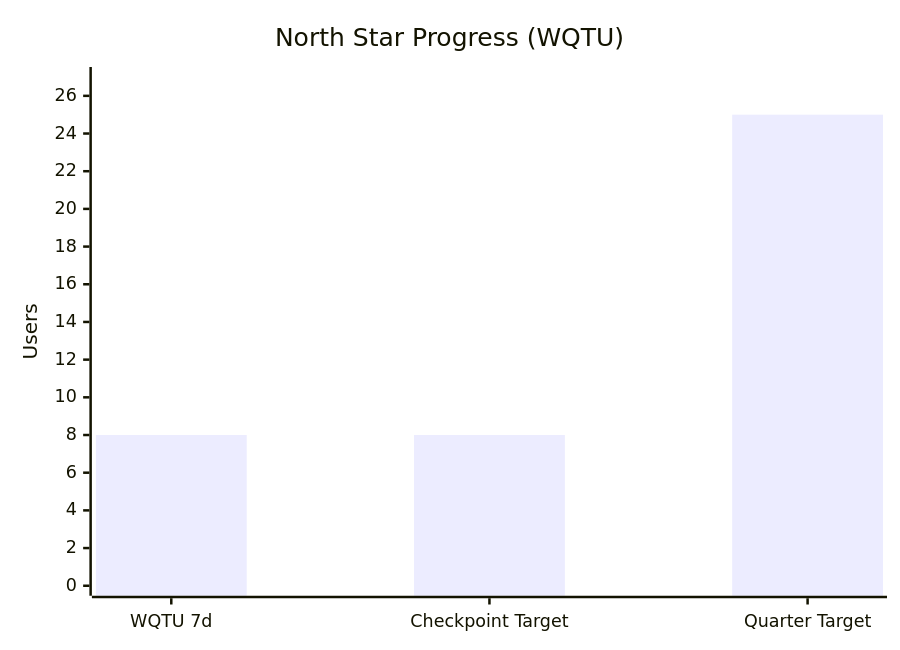
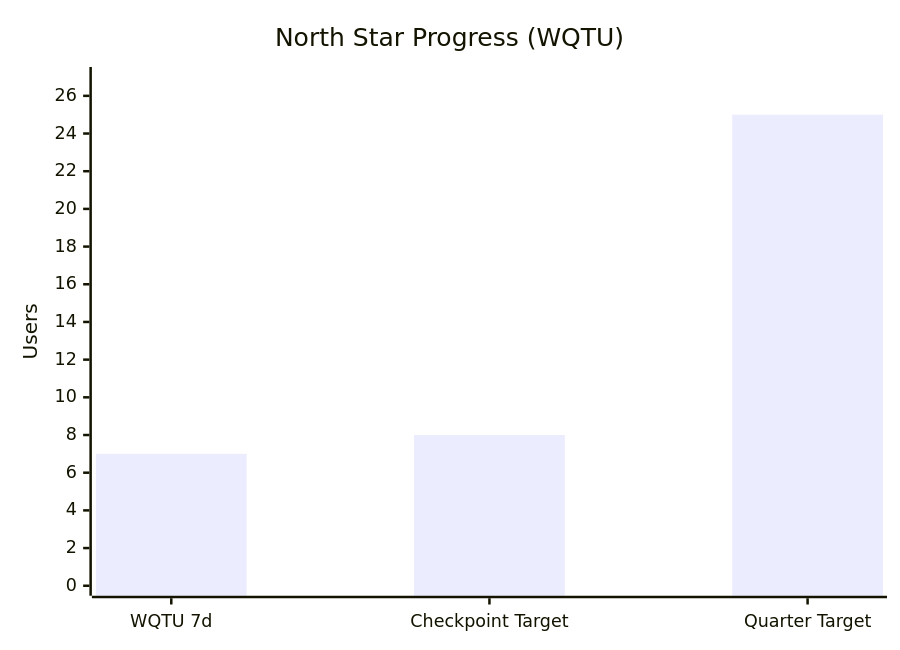
Before and after one commit to IgorGanapolsky/Random-Timer: the second of 4 diagrams in wiki/Paid-Acquisition.md, drawn with Mermaid. The commit also changed other lines of this file and 10 other files, not shown here.

````diff
--- a/wiki/Paid-Acquisition.md
+++ b/wiki/Paid-Acquisition.md
@@ -50,7 +50,7 @@
 ```mermaid
 xychart-beta
     title "North Star Progress (WQTU)"
     x-axis ["WQTU 7d" , "Checkpoint Target" , "Quarter Target"]
     y-axis "Users" 0 --> 27
-    bar [8 , 8 , 25]
+    bar [7 , 8 , 25]
 ```
````
